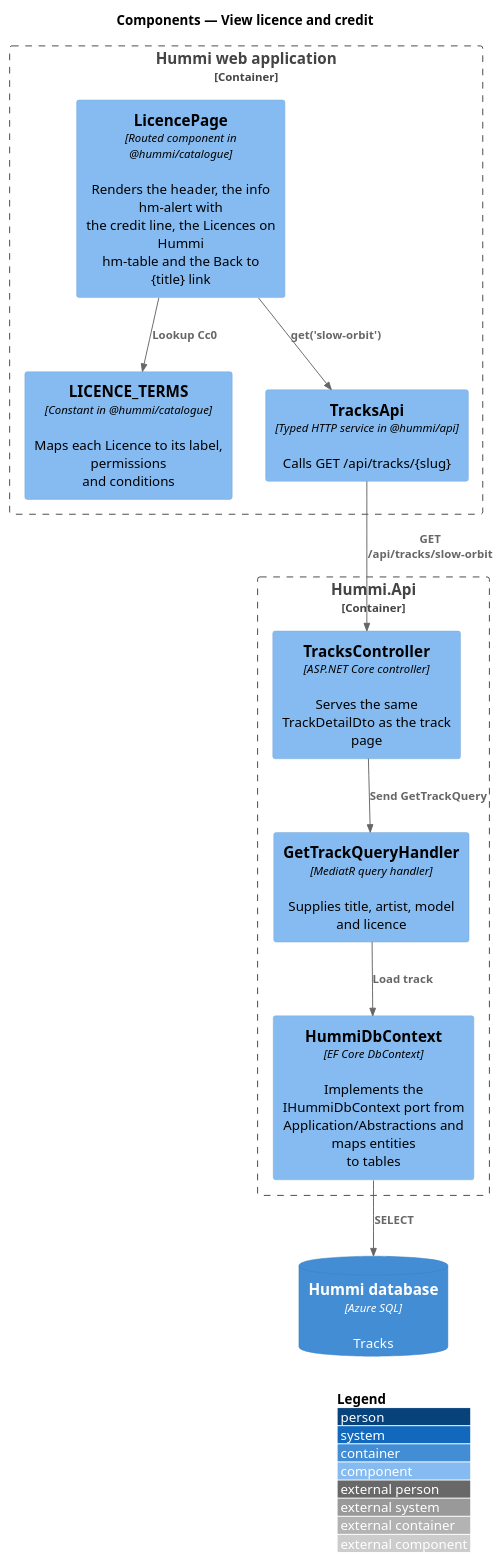
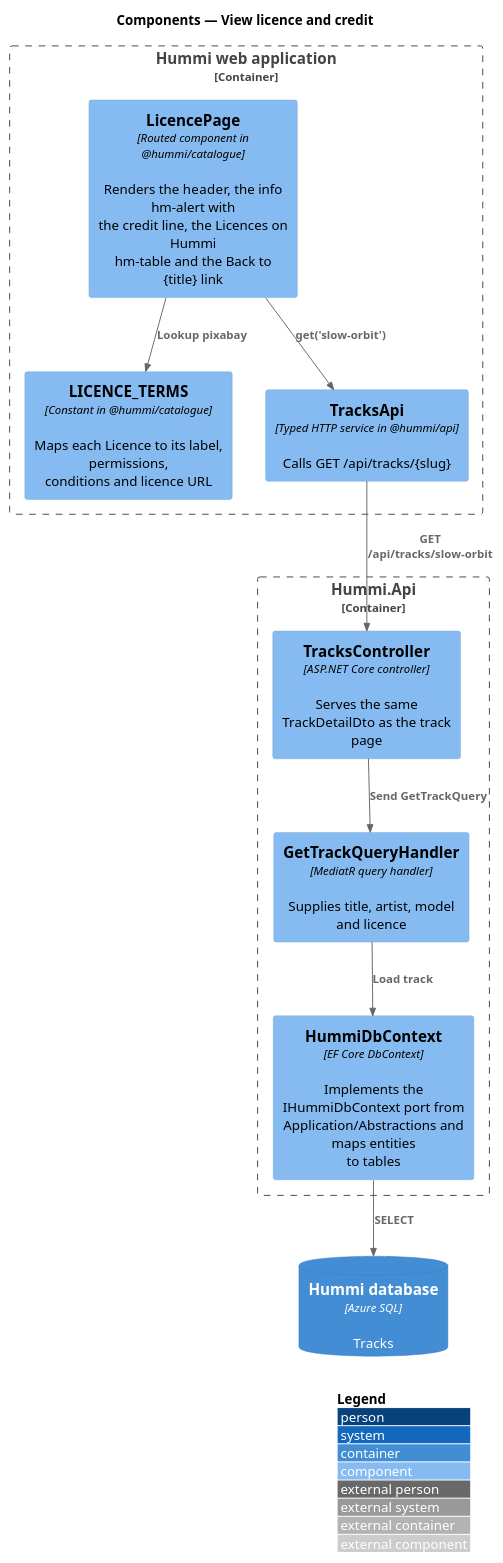
Before and after one commit to QuinntyneBrown/hummi: the diagram in docs/detailed-designs/catalogue/view-licence/diagrams/c4-component.puml, drawn with PlantUML. The commit also changed 23 other files, not shown here.

First line of the commit message:
Align designs, estimates, README, CHANGELOG and AGENTS.md with the Pixabay catalogue

```diff
--- a/docs/detailed-designs/catalogue/view-licence/diagrams/c4-component.puml
+++ b/docs/detailed-designs/catalogue/view-licence/diagrams/c4-component.puml
@@ -1,23 +1,23 @@
 @startuml
 !include <C4/C4_Component>
 LAYOUT_WITH_LEGEND()
 title Components — View licence and credit
 
 Container_Boundary(spa, "Hummi web application") {
   Component(page, "LicencePage", "Routed component in @hummi/catalogue", "Renders the header, the info hm-alert with\nthe credit line, the Licences on Hummi\nhm-table and the Back to {title} link")
-  Component(terms, "LICENCE_TERMS", "Constant in @hummi/catalogue", "Maps each Licence to its label, permissions\nand conditions")
+  Component(terms, "LICENCE_TERMS", "Constant in @hummi/catalogue", "Maps each Licence to its label, permissions,\nconditions and licence URL")
   Component(client, "TracksApi", "Typed HTTP service in @hummi/api", "Calls GET /api/tracks/{slug}")
 }
 Container_Boundary(api, "Hummi.Api") {
   Component(ctl, "TracksController", "ASP.NET Core controller", "Serves the same TrackDetailDto as the track\npage")
   Component(q, "GetTrackQueryHandler", "MediatR query handler", "Supplies title, artist, model and licence")
   Component(ctx, "HummiDbContext", "EF Core DbContext", "Implements the IHummiDbContext port from\nApplication/Abstractions and maps entities\nto tables")
 }
 ContainerDb(db, "Hummi database", "Azure SQL", "Tracks")
 Rel(page, client, "get('slow-orbit')")
 Rel(client, ctl, "GET /api/tracks/slow-orbit")
 Rel(ctl, q, "Send GetTrackQuery")
 Rel(q, ctx, "Load track")
 Rel(ctx, db, "SELECT")
-Rel(page, terms, "Lookup Cc0")
+Rel(page, terms, "Lookup pixabay")
 @enduml
```
